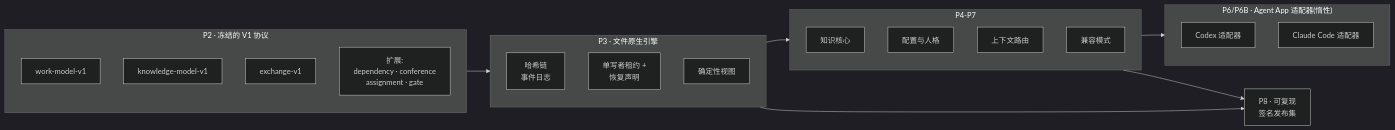
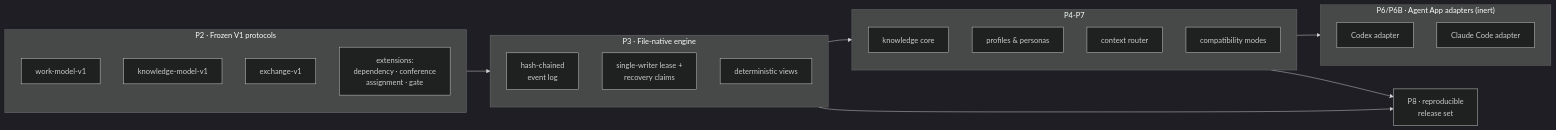
The diagram in README.zh-CN.md (tpmoonchefryan/tcrn-workflow), drawn with Mermaid (dark theme) before and after one commit. The commit also changed other lines of this file and 6 other files, not shown here.

````diff
--- a/README.zh-CN.md
+++ b/README.zh-CN.md
@@ -70,28 +88,28 @@
 ```mermaid
 flowchart LR
-    subgraph Protocols["P2 · 冻结的 V1 协议"]
+    subgraph Protocols["P2 · Frozen V1 protocols"]
         WM[work-model-v1]
         KM[knowledge-model-v1]
         EX[exchange-v1]
-        XT[扩展:<br/>dependency · conference<br/>assignment · gate]
+        XT[extensions:<br/>dependency · conference<br/>assignment · gate]
     end
-    subgraph Engine["P3 · 文件原生引擎"]
-        EV[哈希链<br/>事件日志]
-        LS[单写者租约 +<br/>恢复声明]
-        VW[确定性视图]
+    subgraph Engine["P3 · File-native engine"]
+        EV[hash-chained<br/>event log]
+        LS[single-writer lease +<br/>recovery claims]
+        VW[deterministic views]
     end
     subgraph Layers["P4-P7"]
-        KC[知识核心]
-        PF[配置与人格]
-        CR[上下文路由]
-        CM[兼容模式]
+        KC[knowledge core]
+        PF[profiles & personas]
+        CR[context router]
+        CM[compatibility modes]
     end
-    subgraph Hosts["P6/P6B · Agent App 适配器(惰性)"]
-        CX[Codex 适配器]
-        CL[Claude Code 适配器]
+    subgraph Hosts["P6/P6B · Agent App adapters (inert)"]
+        CX[Codex adapter]
+        CL[Claude Code adapter]
     end
-    REL[P8 · 可复现<br/>签名发布集]
+    REL[P8 · reproducible<br/>release set]
     Protocols --> Engine --> Layers --> Hosts
     Engine --> REL
     Layers --> REL
 ```
````
